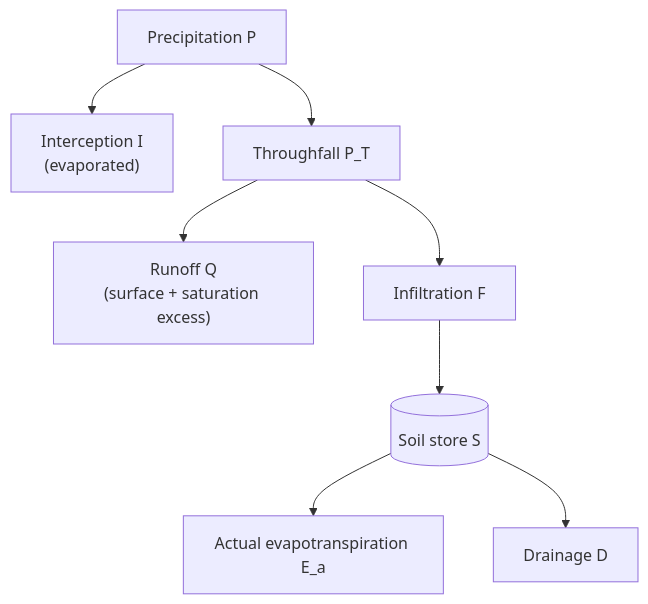
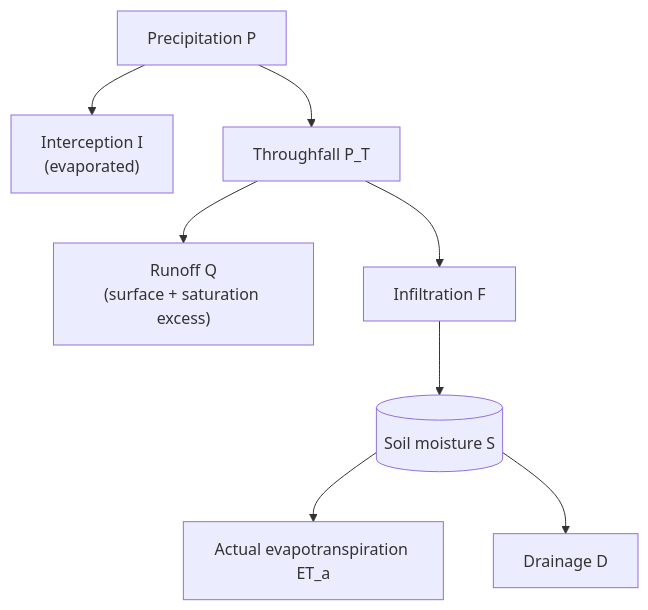
One commit to SatTerC/soil-moisture-model changed the diagram in docs/science.md. Above: the diagram before and after it, drawn with Mermaid. The commit also changed other lines of this file and 3 other files, not shown here.

````diff
--- a/docs/science.md
+++ b/docs/science.md
@@ -18,10 +19,10 @@
 ```mermaid
 flowchart TD
     P["Precipitation P"] --> I["Interception I<br/>(evaporated)"]
     P --> PT["Throughfall P_T"]
     PT --> Q["Runoff Q<br/>(surface + saturation excess)"]
     PT --> F["Infiltration F"]
-    F --> S[("Soil store S")]
-    S --> E["Actual evapotranspiration E_a"]
+    F --> S[("Soil moisture S")]
+    S --> E["Actual evapotranspiration ET_a"]
     S --> D["Drainage D"]
 ```
````
